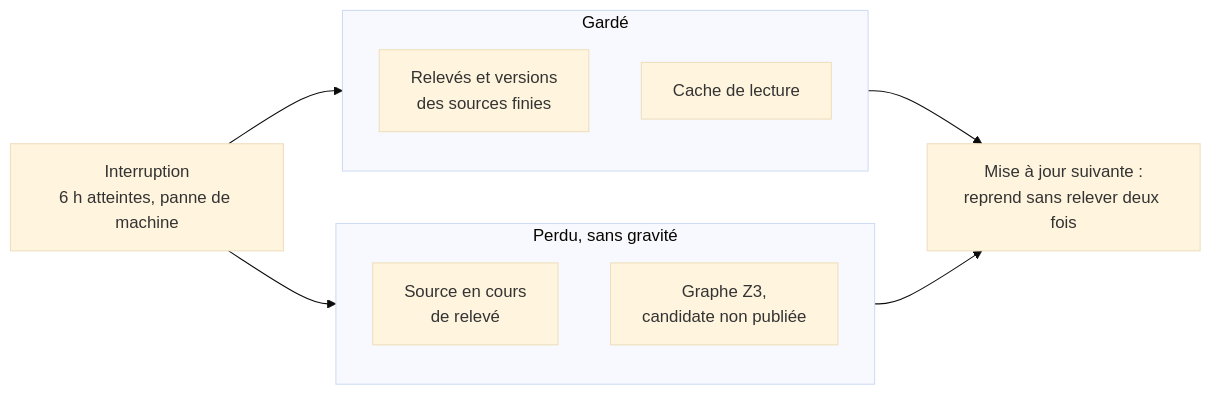
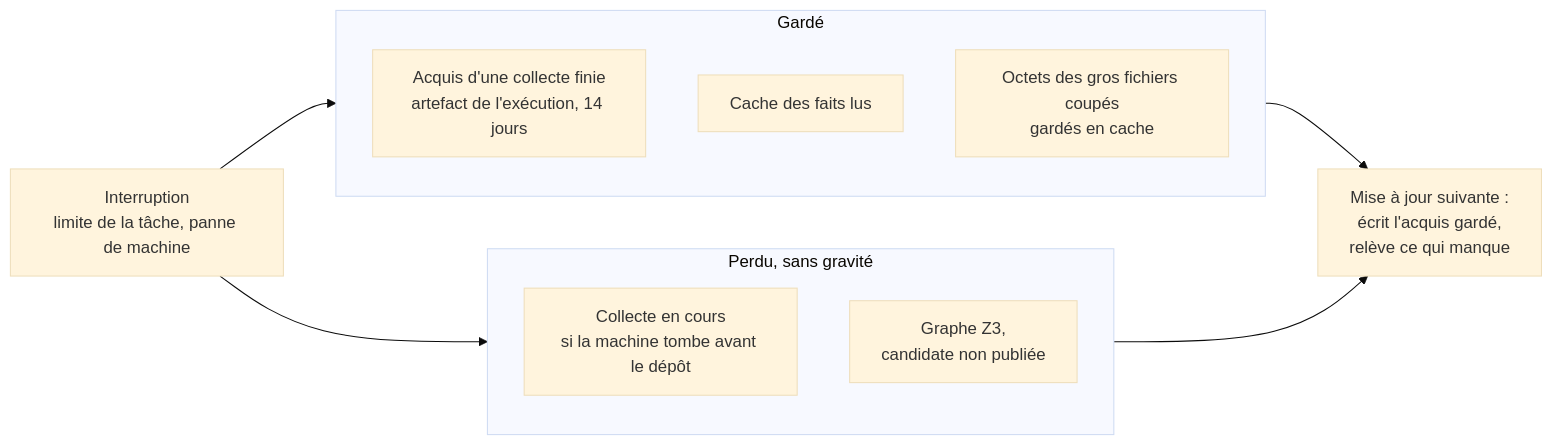
Before and after one commit to stephieED/Empreinte-politique-new-pipeline-test: the seventh of 11 diagrams in livrables/2-processus-collecte-publication.md, drawn with Mermaid (base theme). The commit also changed other lines of this file and 8 other files, not shown here.

````diff
--- a/livrables/2-processus-collecte-publication.md
+++ b/livrables/2-processus-collecte-publication.md
@@ -631,15 +654,16 @@
 ```mermaid
 flowchart LR
     subgraph GARDE["Gardé"]
-        G1["Relevés et versions<br/>des sources finies"]
-        G2["Cache de lecture"]
+        G1["Acquis d'une collecte finie<br/>artefact de l'exécution, 14 jours"]
+        G2["Cache des faits lus"]
+        G3["Octets des gros fichiers coupés<br/>gardés en cache"]
     end
     subgraph PERDU["Perdu, sans gravité"]
-        L1["Source en cours<br/>de relevé"]
+        L1["Collecte en cours<br/>si la machine tombe avant le dépôt"]
         L2["Graphe Z3,<br/>candidate non publiée"]
     end
-    I["Interruption<br/>6 h atteintes, panne de machine"] --> GARDE
+    I["Interruption<br/>limite de la tâche, panne de machine"] --> GARDE
     I --> PERDU
-    GARDE --> N["Mise à jour suivante :<br/>reprend sans relever deux fois"]
+    GARDE --> N["Mise à jour suivante :<br/>écrit l'acquis gardé,<br/>relève ce qui manque"]
     PERDU --> N
 ```
````
